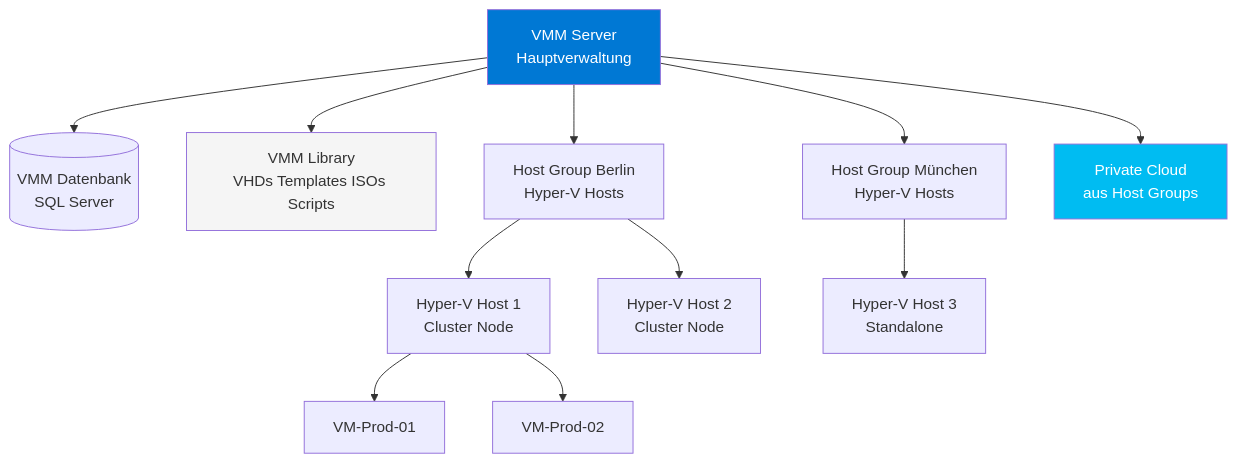
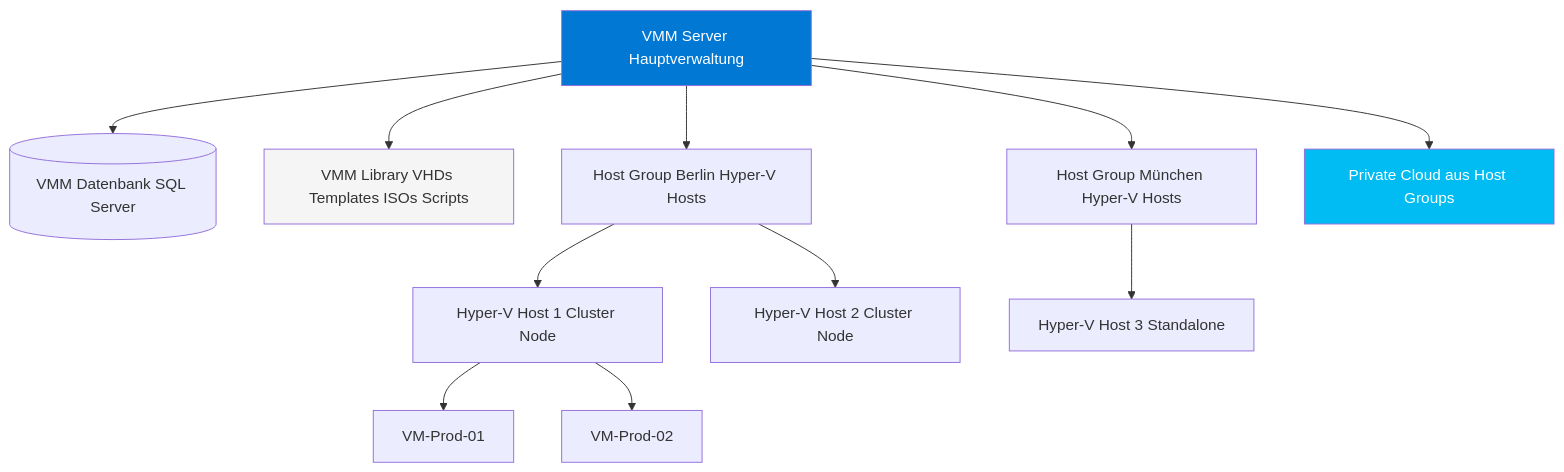
The first of 4 diagrams in Microsoft 365/System Center/SCVMM Grundlagen.md (SoniiiT/notes-n-docs), drawn with Mermaid before and after one commit. The commit also changed other lines of this file and 124 other files, not shown here.

First line of the commit message:
fix: Entferne \n aus allen Mermaid-Diagrammen (125 Dateien)

````diff
--- a/Microsoft 365/System Center/SCVMM Grundlagen.md
+++ b/Microsoft 365/System Center/SCVMM Grundlagen.md
@@ -47,17 +47,17 @@
 ```mermaid
 graph TD
-    VMMS[VMM Server\nHauptverwaltung] --> VMMDB[(VMM Datenbank\nSQL Server)]
-    VMMS --> LIB[VMM Library\nVHDs Templates ISOs Scripts]
-    VMMS --> HG1[Host Group Berlin\nHyper-V Hosts]
-    VMMS --> HG2[Host Group München\nHyper-V Hosts]
-    HG1 --> H1[Hyper-V Host 1\nCluster Node]
-    HG1 --> H2[Hyper-V Host 2\nCluster Node]
-    HG2 --> H3[Hyper-V Host 3\nStandalone]
+    VMMS[VMM Server Hauptverwaltung] --> VMMDB[(VMM Datenbank SQL Server)]
+    VMMS --> LIB[VMM Library VHDs Templates ISOs Scripts]
+    VMMS --> HG1[Host Group Berlin Hyper-V Hosts]
+    VMMS --> HG2[Host Group München Hyper-V Hosts]
+    HG1 --> H1[Hyper-V Host 1 Cluster Node]
+    HG1 --> H2[Hyper-V Host 2 Cluster Node]
+    HG2 --> H3[Hyper-V Host 3 Standalone]
     H1 --> VM1[VM-Prod-01]
     H1 --> VM2[VM-Prod-02]
-    VMMS --> PC[Private Cloud\naus Host Groups]
+    VMMS --> PC[Private Cloud aus Host Groups]
 
     style VMMS fill:#0078D4,color:#fff
     style LIB fill:#f5f5f5
     style PC fill:#00BCF2,color:#fff
 ```
````
